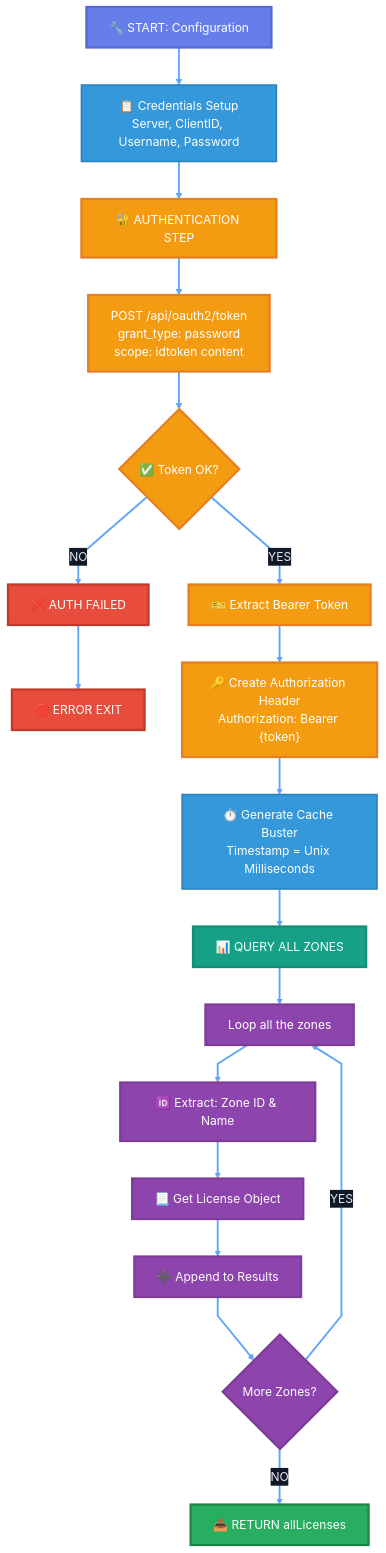
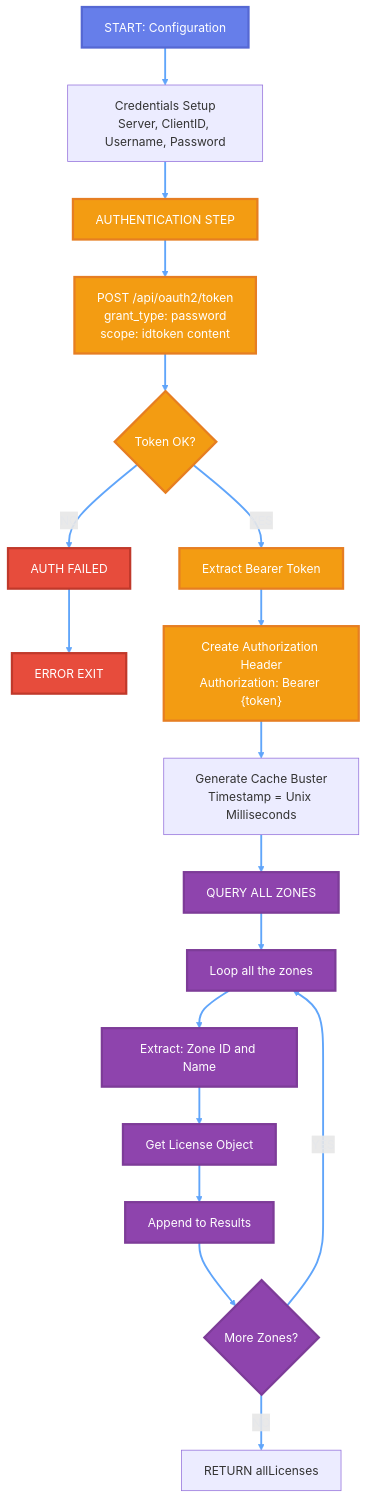
One commit to Beijnes/Public changed the diagram in index.md. Above: the diagram before and after it, drawn with Mermaid. The commit also changed other lines of this file, not shown here.

Commit message:
Render Mermaid diagram on GitHub Pages

````diff
--- a/index.md
+++ b/index.md
@@ -46,49 +46,38 @@
-```mermaid
-%%{init: {'flowchart': {'curve': 'linear', 'useMaxWidth': false}, 'theme': 'base', 'primaryColor': '#667eea', 'primaryBorderColor': '#5568d3', 'lineColor': '#60a5fa', 'textColor': '#e5e7eb', 'fontSize': '16px', 'themeVariables': {'edgeLabelBackground': '#111827', 'textColor': '#e5e7eb'}}}%%
+<div class="mermaid">
 flowchart TD
-    A["🔧 START: Configuration"] --> B["📋 Credentials Setup<br/>Server, ClientID, Username, Password"]
-    
-    B --> D["🔐 AUTHENTICATION STEP"]
-    
+    A["START: Configuration"] --> B["Credentials Setup<br/>Server, ClientID, Username, Password"]
+
+    B --> D["AUTHENTICATION STEP"]
+
     D --> E["POST /api/oauth2/token<br/>grant_type: password<br/>scope: idtoken content"]
-    E --> F{✅ Token OK?}
-    F -->|YES| G["🎫 Extract Bearer Token"]
-    F -->|NO| H["❌ AUTH FAILED"]
-    H --> Z["🛑 ERROR EXIT"]
-    
-    G --> I["🔑 Create Authorization Header<br/>Authorization: Bearer {token}"]
-    I --> J["⏱️ Generate Cache Buster<br/>Timestamp = Unix Milliseconds"]
-    
-    J --> K["📊 QUERY ALL ZONES"]
-        
+    E --> F{"Token OK?"}
+    F -->|YES| G["Extract Bearer Token"]
+    F -->|NO| H["AUTH FAILED"]
+    H --> Z["ERROR EXIT"]
+
+    G --> I["Create Authorization Header<br/>Authorization: Bearer {token}"]
+    I --> J["Generate Cache Buster<br/>Timestamp = Unix Milliseconds"]
+
+    J --> K["QUERY ALL ZONES"]
     K --> O["Loop all the zones"]
-    
-    O --> P["🆔 Extract: Zone ID & Name"]
-    
-    P --> R["📃 Get License Object"]
-    
-        R --> T["➕ Append to Results"]
-    
-    T --> U{More Zones?}
+    O --> P["Extract: Zone ID and Name"]
+    P --> R["Get License Object"]
+    R --> T["Append to Results"]
+    T --> U{"More Zones?"}
     U -->|YES| O
-    U -->|NO| W["📤 RETURN allLicenses"]
-    
-    
+    U -->|NO| W["RETURN allLicenses"]
+
     classDef start fill:#667eea,stroke:#5568d3,stroke-width:3px,color:#fff
     classDef auth fill:#f39c12,stroke:#e67e22,stroke-width:3px,color:#fff
     classDef query fill:#16a085,stroke:#138d75,stroke-width:3px,color:#fff
     classDef loop fill:#8e44ad,stroke:#7d3c98,stroke-width:3px,color:#fff
     classDef success fill:#27ae60,stroke:#1e8449,stroke-width:3px,color:#fff
     classDef error fill:#e74c3c,stroke:#c0392b,stroke-width:3px,color:#fff
-    classDef process fill:#3498db,stroke:#2980b9,stroke-width:2px,color:#fff
-    
+
     class A start
     class D,E,F,G,I auth
-    class K,L,M query
-    class N,O,P,Q,R,S,T,U loop
-    class V,W,X success
+    class K,O,P,R,T,U loop
     class H,Z error
-    class B,C,J process
 
     linkStyle default stroke:#60a5fa,stroke-width:2.5px,color:#e5e7eb
-```
+</div>
````
